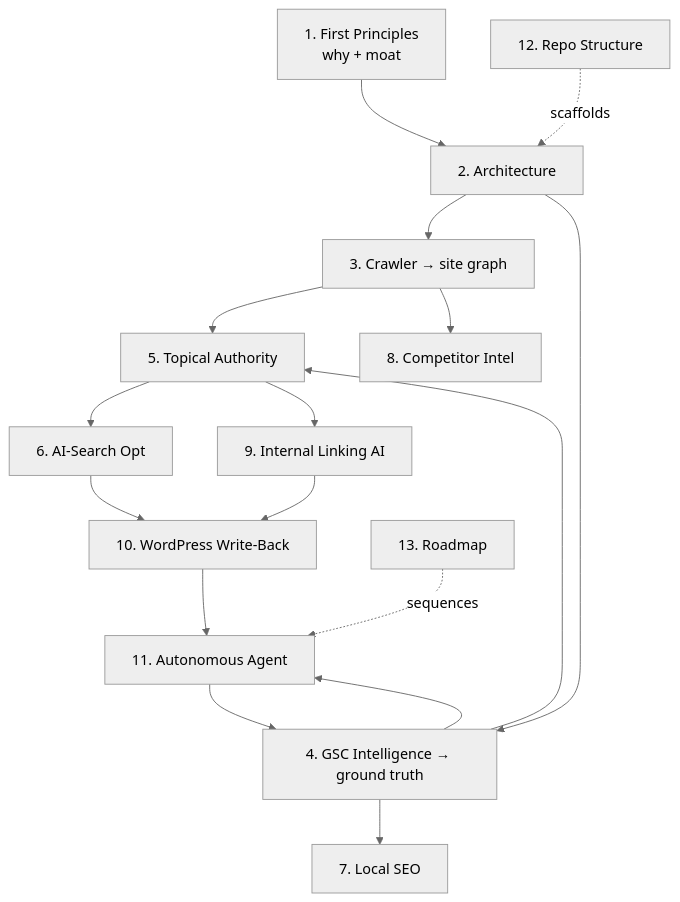
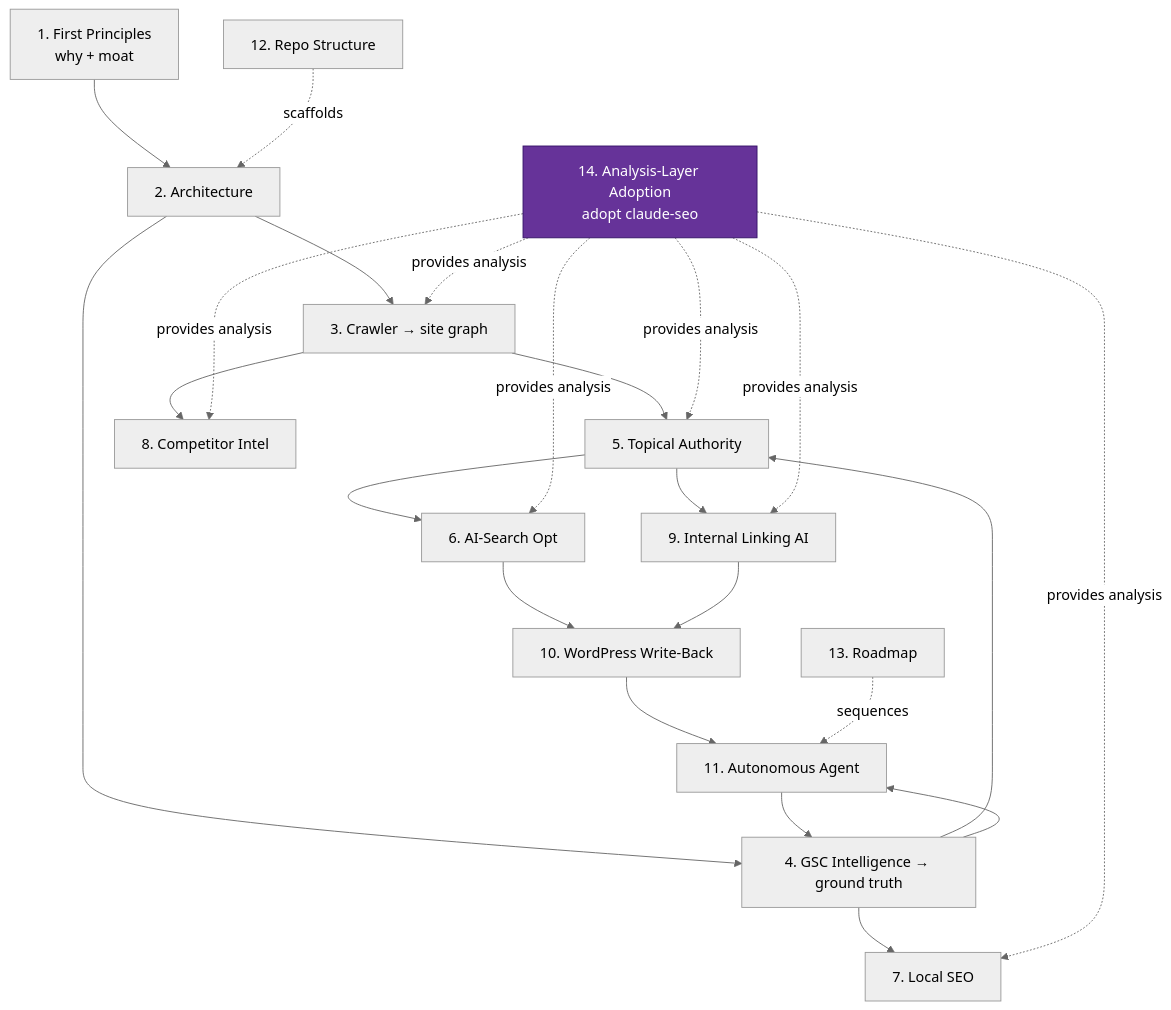
One commit to consecrating/goaaiseo changed the second of 2 diagrams in docs/BLUEPRINT.md. Above: the diagram before and after it, drawn with Mermaid (neutral theme). The commit also changed other lines of this file and 2 other files, not shown here.

Commit message:
docs: add Phase 14 — analysis-layer adoption (claude-seo)
Add a strategic blueprint phase that adopts the open-source claude-seo
engine as GOAAISEO's analysis layer, concentrating the build on the
closed-loop moat (ground-truth graph, WordPress write-back, attribution).

- New docs/blueprint/14-analysis-layer-adoption.md: overlap map (adopt/
  augment/build per phase), what stays in-house (the moat), integration
  seam (3 ranked options + adapter contract), Phase 11 tool-belt remap,
  ~12 EW roadmap savings, risks, and the buy-vs-build decision.
- Wire Phase 14 into README.md index and docs/BLUEPRINT.md (phase list
  + how-phases-fit diagram).

````diff
--- a/docs/BLUEPRINT.md
+++ b/docs/BLUEPRINT.md
@@ -40,18 +40,20 @@
 ```mermaid
 flowchart TB
     P1[1. First Principles<br/>why + moat] --> P2[2. Architecture]
     P2 --> P3[3. Crawler → site graph]
     P2 --> P4[4. GSC Intelligence → ground truth]
     P3 --> P5[5. Topical Authority]
     P4 --> P5
     P5 --> P6[6. AI-Search Opt]
     P4 --> P7[7. Local SEO]
     P3 --> P8[8. Competitor Intel]
     P5 --> P9[9. Internal Linking AI]
     P6 & P9 --> P10[10. WordPress Write-Back]
     P10 --> P11[11. Autonomous Agent]
     P4 --> P11
     P11 --> P4
     P12[12. Repo Structure] -.scaffolds.-> P2
     P13[13. Roadmap] -.sequences.-> P11
+    P14[14. Analysis-Layer Adoption<br/>adopt claude-seo] -.provides analysis.-> P3 & P5 & P6 & P7 & P8 & P9
+    style P14 fill:#639,stroke:#316,color:#fff
 ```
````
